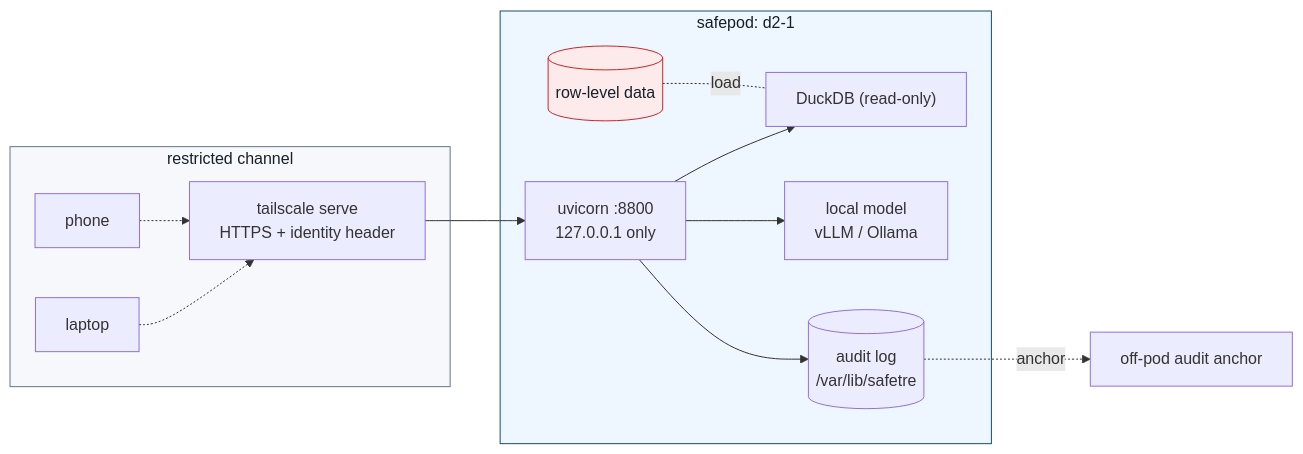
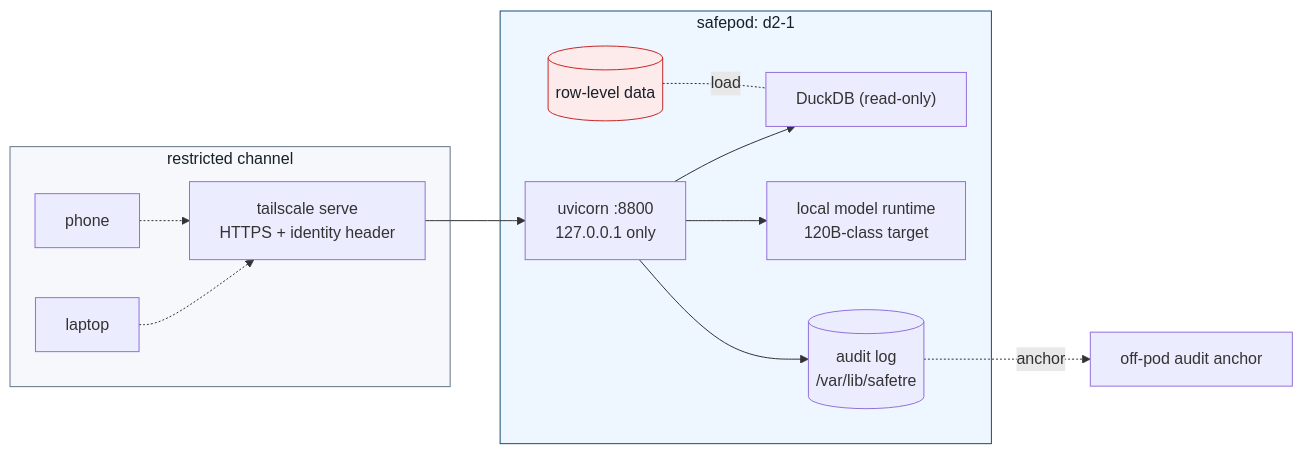
The diagram in docs/deployment.md (wadelab/safe-tre-agent), drawn with Mermaid before and after one commit. The commit also changed other lines of this file and 23 other files, not shown here.

Commit message:
Add model runtime and tool manifest boundaries

````diff
--- a/docs/deployment.md
+++ b/docs/deployment.md
@@ -10,18 +10,18 @@
 ```mermaid
 flowchart LR
     subgraph TN["restricted channel"]
         U1["laptop"] -.-> TS
         U2["phone"] -.-> TS
     end
     subgraph D2["safepod: d2-1"]
         TS["tailscale serve<br/>HTTPS + identity header"] --> APP["uvicorn :8800<br/>127.0.0.1 only"]
         APP --> ENG["DuckDB (read-only)"]
         DATA[("row-level data")] -. load .- ENG
-        APP --> LLM["local model<br/>vLLM / Ollama"]
+        APP --> LLM["local model runtime<br/>120B-class target"]
         APP --> LOG[("audit log<br/>/var/lib/safetre")]
     end
     LOG -. anchor .-> ANCHOR["off-pod audit anchor"]
     style D2 fill:#eef6ff,stroke:#164e75,color:#17202A
     style TN fill:#f6f8fb,stroke:#64748b,color:#17202A
     style DATA fill:#fdeaea,stroke:#c62828,color:#17202A
 ```
````
